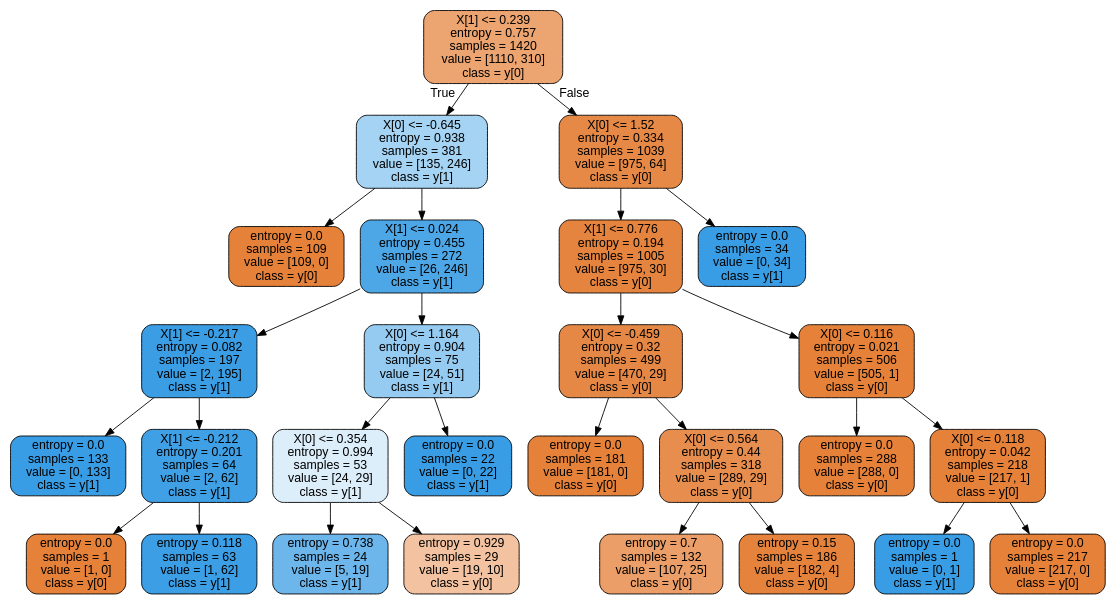
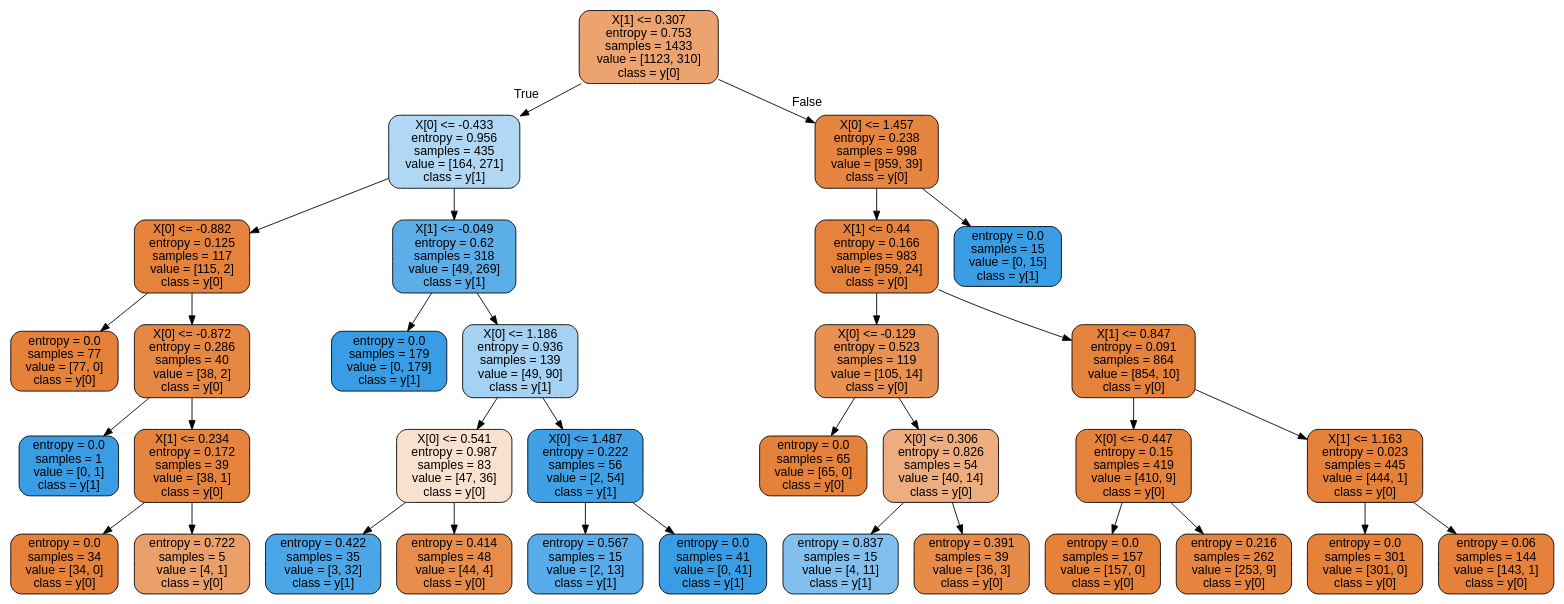
One commit to ahadimuhsin/credit-card-fraud-detection changed the diagram in moon_dataset_enn.dot. Above: the diagram before and after it, drawn with Graphviz. The commit also changed 35 other files, not shown here.

```diff
--- a/moon_dataset_enn.dot
+++ b/moon_dataset_enn.dot
@@ -1,57 +1,69 @@
 digraph Tree {
 node [shape=box, style="filled, rounded", color="black", fontname=helvetica] ;
 edge [fontname=helvetica] ;
-0 [label="X[1] <= 0.239\nentropy = 0.757\nsamples = 1420\nvalue = [1110, 310]\nclass = y[0]", fillcolor="#e58139b8"] ;
-1 [label="X[0] <= -0.645\nentropy = 0.938\nsamples = 381\nvalue = [135, 246]\nclass = y[1]", fillcolor="#399de573"] ;
+0 [label="X[1] <= 0.307\nentropy = 0.753\nsamples = 1433\nvalue = [1123, 310]\nclass = y[0]", fillcolor="#e58139b9"] ;
+1 [label="X[0] <= -0.433\nentropy = 0.956\nsamples = 435\nvalue = [164, 271]\nclass = y[1]", fillcolor="#399de565"] ;
 0 -> 1 [labeldistance=2.5, labelangle=45, headlabel="True"] ;
-2 [label="entropy = 0.0\nsamples = 109\nvalue = [109, 0]\nclass = y[0]", fillcolor="#e58139ff"] ;
+2 [label="X[0] <= -0.882\nentropy = 0.125\nsamples = 117\nvalue = [115, 2]\nclass = y[0]", fillcolor="#e58139fb"] ;
 1 -> 2 ;
-3 [label="X[1] <= 0.024\nentropy = 0.455\nsamples = 272\nvalue = [26, 246]\nclass = y[1]", fillcolor="#399de5e4"] ;
-1 -> 3 ;
-4 [label="X[1] <= -0.217\nentropy = 0.082\nsamples = 197\nvalue = [2, 195]\nclass = y[1]", fillcolor="#399de5fc"] ;
-3 -> 4 ;
-5 [label="entropy = 0.0\nsamples = 133\nvalue = [0, 133]\nclass = y[1]", fillcolor="#399de5ff"] ;
+3 [label="entropy = 0.0\nsamples = 77\nvalue = [77, 0]\nclass = y[0]", fillcolor="#e58139ff"] ;
+2 -> 3 ;
+4 [label="X[0] <= -0.872\nentropy = 0.286\nsamples = 40\nvalue = [38, 2]\nclass = y[0]", fillcolor="#e58139f2"] ;
+2 -> 4 ;
+5 [label="entropy = 0.0\nsamples = 1\nvalue = [0, 1]\nclass = y[1]", fillcolor="#399de5ff"] ;
 4 -> 5 ;
-6 [label="X[1] <= -0.212\nentropy = 0.201\nsamples = 64\nvalue = [2, 62]\nclass = y[1]", fillcolor="#399de5f7"] ;
+6 [label="X[1] <= 0.234\nentropy = 0.172\nsamples = 39\nvalue = [38, 1]\nclass = y[0]", fillcolor="#e58139f8"] ;
 4 -> 6 ;
-7 [label="entropy = 0.0\nsamples = 1\nvalue = [1, 0]\nclass = y[0]", fillcolor="#e58139ff"] ;
+7 [label="entropy = 0.0\nsamples = 34\nvalue = [34, 0]\nclass = y[0]", fillcolor="#e58139ff"] ;
 6 -> 7 ;
-8 [label="entropy = 0.118\nsamples = 63\nvalue = [1, 62]\nclass = y[1]", fillcolor="#399de5fb"] ;
+8 [label="entropy = 0.722\nsamples = 5\nvalue = [4, 1]\nclass = y[0]", fillcolor="#e58139bf"] ;
 6 -> 8 ;
-9 [label="X[0] <= 1.164\nentropy = 0.904\nsamples = 75\nvalue = [24, 51]\nclass = y[1]", fillcolor="#399de587"] ;
-3 -> 9 ;
-10 [label="X[0] <= 0.354\nentropy = 0.994\nsamples = 53\nvalue = [24, 29]\nclass = y[1]", fillcolor="#399de52c"] ;
+9 [label="X[1] <= -0.049\nentropy = 0.62\nsamples = 318\nvalue = [49, 269]\nclass = y[1]", fillcolor="#399de5d1"] ;
+1 -> 9 ;
+10 [label="entropy = 0.0\nsamples = 179\nvalue = [0, 179]\nclass = y[1]", fillcolor="#399de5ff"] ;
 9 -> 10 ;
-11 [label="entropy = 0.738\nsamples = 24\nvalue = [5, 19]\nclass = y[1]", fillcolor="#399de5bc"] ;
-10 -> 11 ;
-12 [label="entropy = 0.929\nsamples = 29\nvalue = [19, 10]\nclass = y[0]", fillcolor="#e5813979"] ;
-10 -> 12 ;
-13 [label="entropy = 0.0\nsamples = 22\nvalue = [0, 22]\nclass = y[1]", fillcolor="#399de5ff"] ;
-9 -> 13 ;
-14 [label="X[0] <= 1.52\nentropy = 0.334\nsamples = 1039\nvalue = [975, 64]\nclass = y[0]", fillcolor="#e58139ee"] ;
-0 -> 14 [labeldistance=2.5, labelangle=-45, headlabel="False"] ;
-15 [label="X[1] <= 0.776\nentropy = 0.194\nsamples = 1005\nvalue = [975, 30]\nclass = y[0]", fillcolor="#e58139f7"] ;
-14 -> 15 ;
-16 [label="X[0] <= -0.459\nentropy = 0.32\nsamples = 499\nvalue = [470, 29]\nclass = y[0]", fillcolor="#e58139ef"] ;
+11 [label="X[0] <= 1.186\nentropy = 0.936\nsamples = 139\nvalue = [49, 90]\nclass = y[1]", fillcolor="#399de574"] ;
+9 -> 11 ;
+12 [label="X[0] <= 0.541\nentropy = 0.987\nsamples = 83\nvalue = [47, 36]\nclass = y[0]", fillcolor="#e581393c"] ;
+11 -> 12 ;
+13 [label="entropy = 0.422\nsamples = 35\nvalue = [3, 32]\nclass = y[1]", fillcolor="#399de5e7"] ;
+12 -> 13 ;
+14 [label="entropy = 0.414\nsamples = 48\nvalue = [44, 4]\nclass = y[0]", fillcolor="#e58139e8"] ;
+12 -> 14 ;
+15 [label="X[0] <= 1.487\nentropy = 0.222\nsamples = 56\nvalue = [2, 54]\nclass = y[1]", fillcolor="#399de5f6"] ;
+11 -> 15 ;
+16 [label="entropy = 0.567\nsamples = 15\nvalue = [2, 13]\nclass = y[1]", fillcolor="#399de5d8"] ;
 15 -> 16 ;
-17 [label="entropy = 0.0\nsamples = 181\nvalue = [181, 0]\nclass = y[0]", fillcolor="#e58139ff"] ;
-16 -> 17 ;
-18 [label="X[0] <= 0.564\nentropy = 0.44\nsamples = 318\nvalue = [289, 29]\nclass = y[0]", fillcolor="#e58139e5"] ;
-16 -> 18 ;
-19 [label="entropy = 0.7\nsamples = 132\nvalue = [107, 25]\nclass = y[0]", fillcolor="#e58139c3"] ;
+17 [label="entropy = 0.0\nsamples = 41\nvalue = [0, 41]\nclass = y[1]", fillcolor="#399de5ff"] ;
+15 -> 17 ;
+18 [label="X[0] <= 1.457\nentropy = 0.238\nsamples = 998\nvalue = [959, 39]\nclass = y[0]", fillcolor="#e58139f5"] ;
+0 -> 18 [labeldistance=2.5, labelangle=-45, headlabel="False"] ;
+19 [label="X[1] <= 0.44\nentropy = 0.166\nsamples = 983\nvalue = [959, 24]\nclass = y[0]", fillcolor="#e58139f9"] ;
 18 -> 19 ;
-20 [label="entropy = 0.15\nsamples = 186\nvalue = [182, 4]\nclass = y[0]", fillcolor="#e58139f9"] ;
-18 -> 20 ;
-21 [label="X[0] <= 0.116\nentropy = 0.021\nsamples = 506\nvalue = [505, 1]\nclass = y[0]", fillcolor="#e58139fe"] ;
-15 -> 21 ;
-22 [label="entropy = 0.0\nsamples = 288\nvalue = [288, 0]\nclass = y[0]", fillcolor="#e58139ff"] ;
-21 -> 22 ;
-23 [label="X[0] <= 0.118\nentropy = 0.042\nsamples = 218\nvalue = [217, 1]\nclass = y[0]", fillcolor="#e58139fe"] ;
-21 -> 23 ;
-24 [label="entropy = 0.0\nsamples = 1\nvalue = [0, 1]\nclass = y[1]", fillcolor="#399de5ff"] ;
-23 -> 24 ;
-25 [label="entropy = 0.0\nsamples = 217\nvalue = [217, 0]\nclass = y[0]", fillcolor="#e58139ff"] ;
-23 -> 25 ;
-26 [label="entropy = 0.0\nsamples = 34\nvalue = [0, 34]\nclass = y[1]", fillcolor="#399de5ff"] ;
-14 -> 26 ;
+20 [label="X[0] <= -0.129\nentropy = 0.523\nsamples = 119\nvalue = [105, 14]\nclass = y[0]", fillcolor="#e58139dd"] ;
+19 -> 20 ;
+21 [label="entropy = 0.0\nsamples = 65\nvalue = [65, 0]\nclass = y[0]", fillcolor="#e58139ff"] ;
+20 -> 21 ;
+22 [label="X[0] <= 0.306\nentropy = 0.826\nsamples = 54\nvalue = [40, 14]\nclass = y[0]", fillcolor="#e58139a6"] ;
+20 -> 22 ;
+23 [label="entropy = 0.837\nsamples = 15\nvalue = [4, 11]\nclass = y[1]", fillcolor="#399de5a2"] ;
+22 -> 23 ;
+24 [label="entropy = 0.391\nsamples = 39\nvalue = [36, 3]\nclass = y[0]", fillcolor="#e58139ea"] ;
+22 -> 24 ;
+25 [label="X[1] <= 0.847\nentropy = 0.091\nsamples = 864\nvalue = [854, 10]\nclass = y[0]", fillcolor="#e58139fc"] ;
+19 -> 25 ;
+26 [label="X[0] <= -0.447\nentropy = 0.15\nsamples = 419\nvalue = [410, 9]\nclass = y[0]", fillcolor="#e58139f9"] ;
+25 -> 26 ;
+27 [label="entropy = 0.0\nsamples = 157\nvalue = [157, 0]\nclass = y[0]", fillcolor="#e58139ff"] ;
+26 -> 27 ;
+28 [label="entropy = 0.216\nsamples = 262\nvalue = [253, 9]\nclass = y[0]", fillcolor="#e58139f6"] ;
+26 -> 28 ;
+29 [label="X[1] <= 1.163\nentropy = 0.023\nsamples = 445\nvalue = [444, 1]\nclass = y[0]", fillcolor="#e58139fe"] ;
+25 -> 29 ;
+30 [label="entropy = 0.0\nsamples = 301\nvalue = [301, 0]\nclass = y[0]", fillcolor="#e58139ff"] ;
+29 -> 30 ;
+31 [label="entropy = 0.06\nsamples = 144\nvalue = [143, 1]\nclass = y[0]", fillcolor="#e58139fd"] ;
+29 -> 31 ;
+32 [label="entropy = 0.0\nsamples = 15\nvalue = [0, 15]\nclass = y[1]", fillcolor="#399de5ff"] ;
+18 -> 32 ;
 }
```
